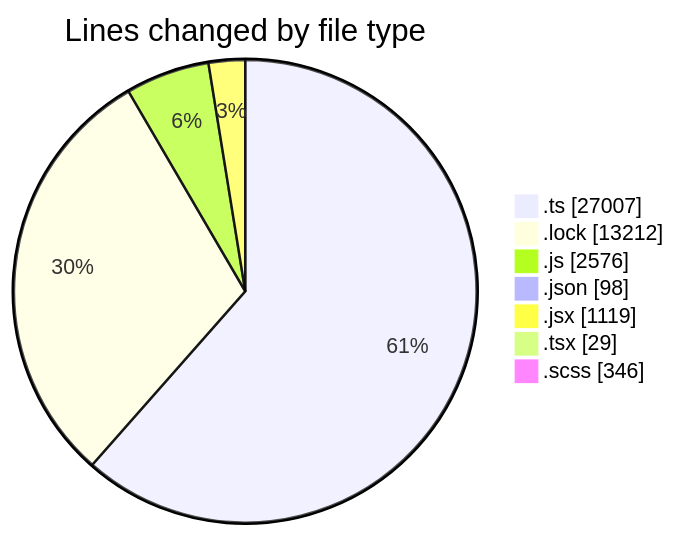
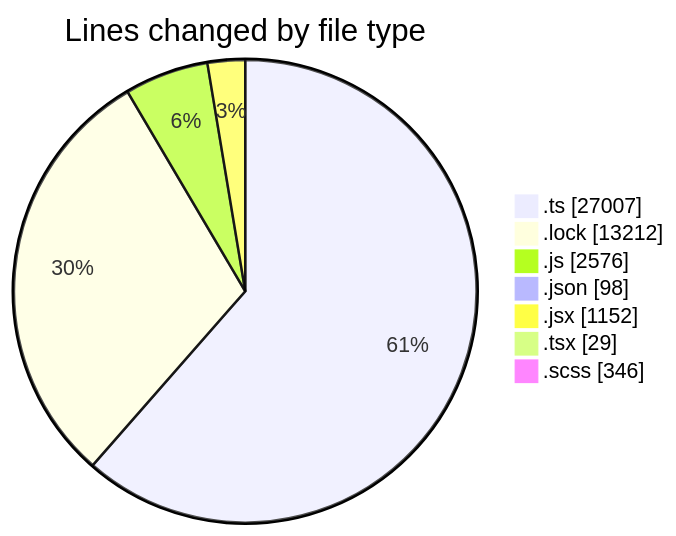
One commit to momahboobian/code-tracking changed the first of 2 diagrams in 2025-05-16/cda/README.md. Above: the diagram before and after it, drawn with Mermaid. The commit also changed other lines of this file and 1 other file, not shown here.

````diff
--- a/2025-05-16/cda/README.md
+++ b/2025-05-16/cda/README.md
@@ -47,11 +47,11 @@
 ```mermaid
 pie showData
 title Lines changed by file type
 ".ts" : 27007
 ".lock" : 13212
 ".js" : 2576
 ".json" : 98
-".jsx" : 1119
+".jsx" : 1152
 ".tsx" : 29
 ".scss" : 346
 ```
````
